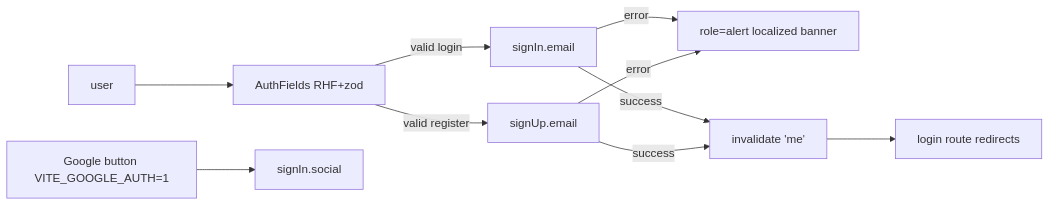
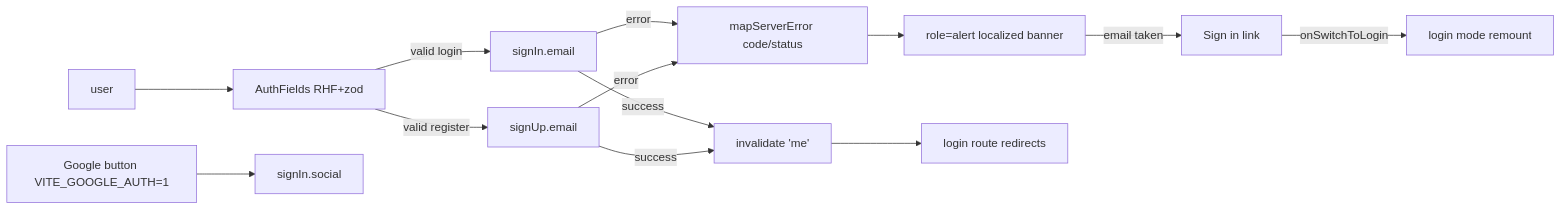
One commit to AzamatRaimbekov2/openCreate changed the diagram in apps/web/src/modules/Auth/components/AuthForm.tsx.md. Above: the diagram before and after it, drawn with Mermaid. The commit also changed other lines of this file and 5 other files, not shown here.

Commit message:
fix(web): actionable localized auth error messages

````diff
--- a/apps/web/src/modules/Auth/components/AuthForm.tsx.md
+++ b/apps/web/src/modules/Auth/components/AuthForm.tsx.md
@@ -36,9 +37,11 @@
 ```mermaid
 flowchart LR
   U[user] --> F[AuthFields RHF+zod]
   F -->|valid login| SI[signIn.email]
   F -->|valid register| SU[signUp.email]
-  SI & SU -->|error| AL[role=alert localized banner]
+  SI & SU -->|error| MAP[mapServerError code/status]
+  MAP --> AL[role=alert localized banner]
+  AL -->|email taken| SW[Sign in link] -->|onSwitchToLogin| LM[login mode remount]
   SI & SU -->|success| INV[invalidate 'me'] --> RT[login route redirects]
   G[Google button VITE_GOOGLE_AUTH=1] --> SO[signIn.social]
 ```
````
